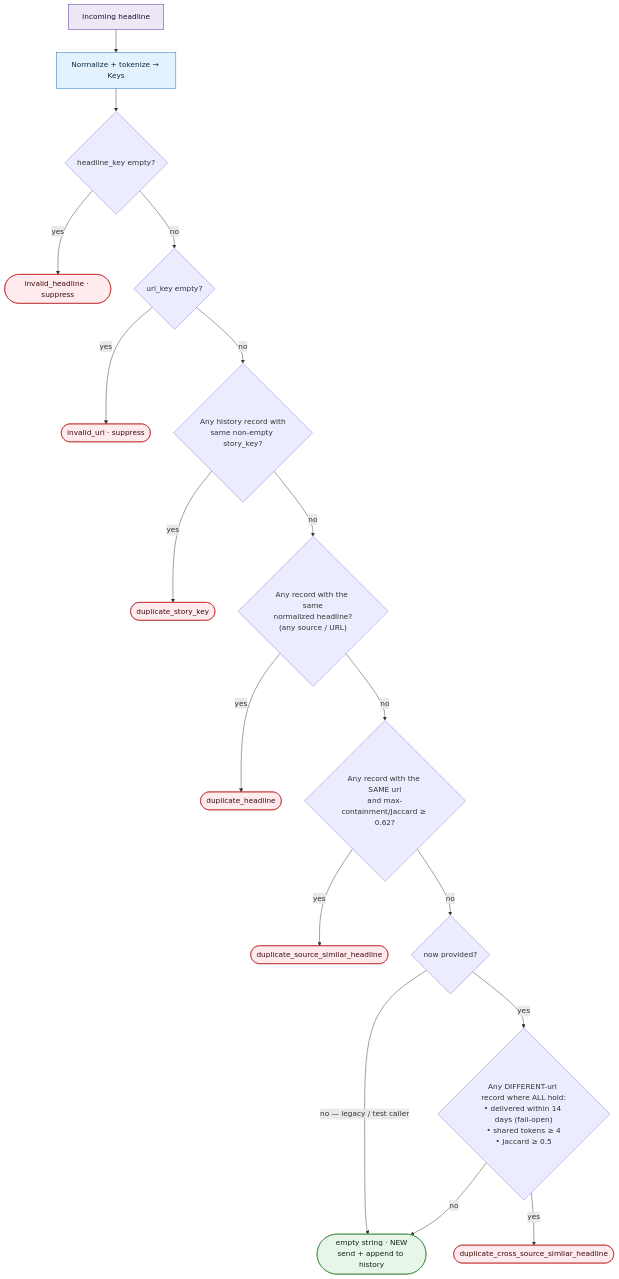
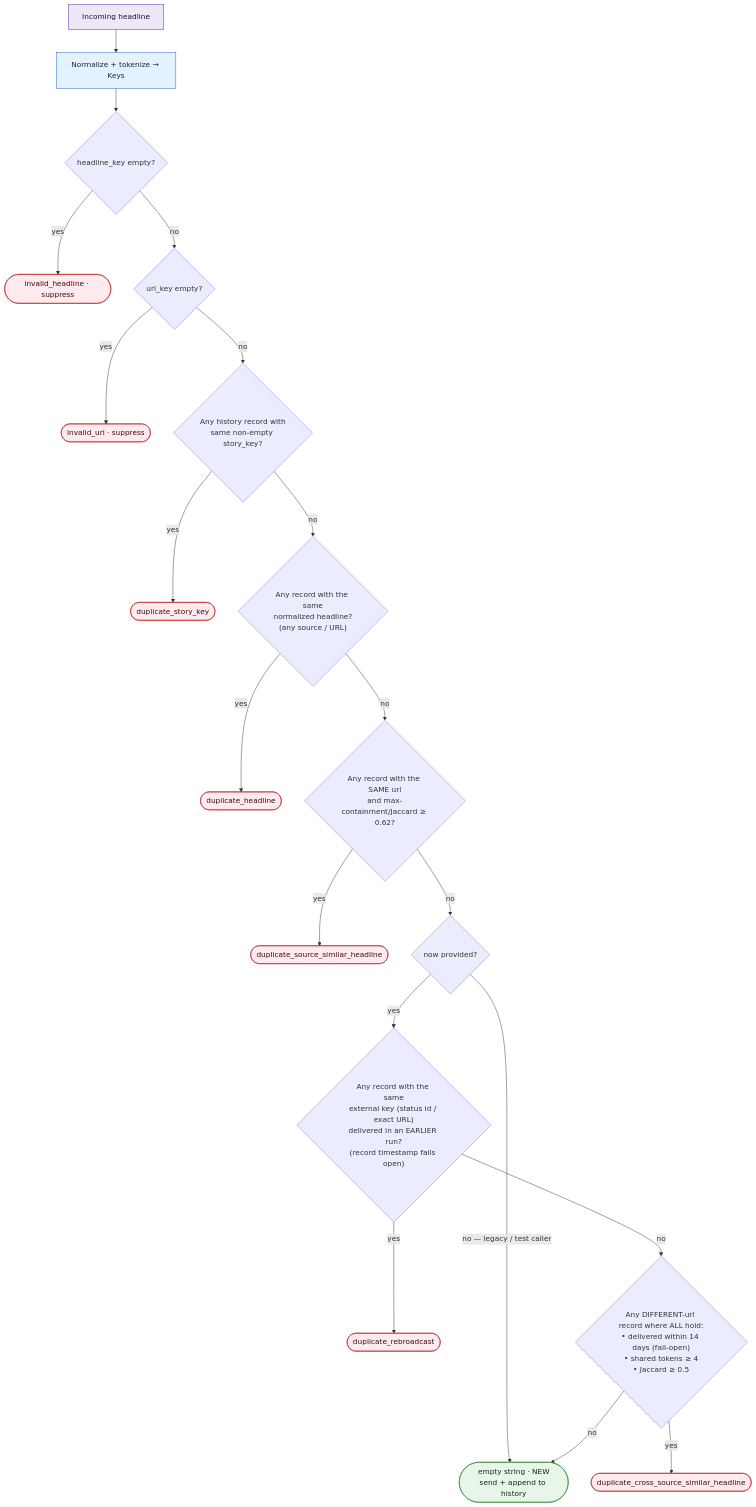
The second of 3 diagrams in docs/headline-dedupe.md (guzus/ai-research-arm), drawn with Mermaid before and after one commit. The commit also changed other lines of this file and 4 other files, not shown here.

````diff
--- a/docs/headline-dedupe.md
+++ b/docs/headline-dedupe.md
@@ -54,30 +54,34 @@
 ```mermaid
 flowchart TD
     A[Incoming headline]:::io --> B[Normalize + tokenize → Keys]:::proc
     B --> C{headline_key empty?}
     C -->|yes| INV1([invalid_headline · suppress]):::supp
     C -->|no| D{url_key empty?}
     D -->|yes| INV2([invalid_url · suppress]):::supp
     D -->|no| F
 
     %% Pass 1 — exact / same-source, time-independent
     F{"Any history record with<br/>same non-empty story_key?"} -->|yes| R1([duplicate_story_key]):::supp
     F -->|no| G{"Any record with the same<br/>normalized headline?<br/>(any source / URL)"}
     G -->|yes| R2([duplicate_headline]):::supp
     G -->|no| H{"Any record with the SAME url<br/>and max-containment/Jaccard ≥ 0.62?"}
     H -->|yes| R3([duplicate_source_similar_headline]):::supp
     H -->|no| Q
 
-    %% Gate: cross-source pass only runs when a reference time is supplied
+    %% Gate: rebroadcast + cross-source passes only run when a reference time is supplied
     Q{now provided?} -->|"no — legacy / test caller"| SEND
-    Q -->|yes| K
+    Q -->|yes| RB
+
+    %% Pass 1d — same source, earlier cycle (wording-independent)
+    RB{"Any record with the same<br/>external key (status id / exact URL)<br/>delivered in an EARLIER run?<br/>(record timestamp fails open)"} -->|yes| R5([duplicate_rebroadcast]):::supp
+    RB -->|no| K
 
     %% Pass 2 — cross-source semantic duplicate
     K{"Any DIFFERENT-url record where ALL hold:<br/>• delivered within 14 days (fail-open)<br/>• shared tokens ≥ 4<br/>• Jaccard ≥ 0.5"} -->|yes| R4([duplicate_cross_source_similar_headline]):::supp
     K -->|no| SEND([empty string · NEW<br/>send + append to history]):::send
 
     classDef proc fill:#e3f2fd,stroke:#1565c0,color:#0d2b45;
     classDef io fill:#ede7f6,stroke:#4527a0,color:#1a1035;
     classDef supp fill:#ffebee,stroke:#b71c1c,color:#3e0a0a;
     classDef send fill:#e8f5e9,stroke:#2e7d32,color:#0c2912;
 ```
````
